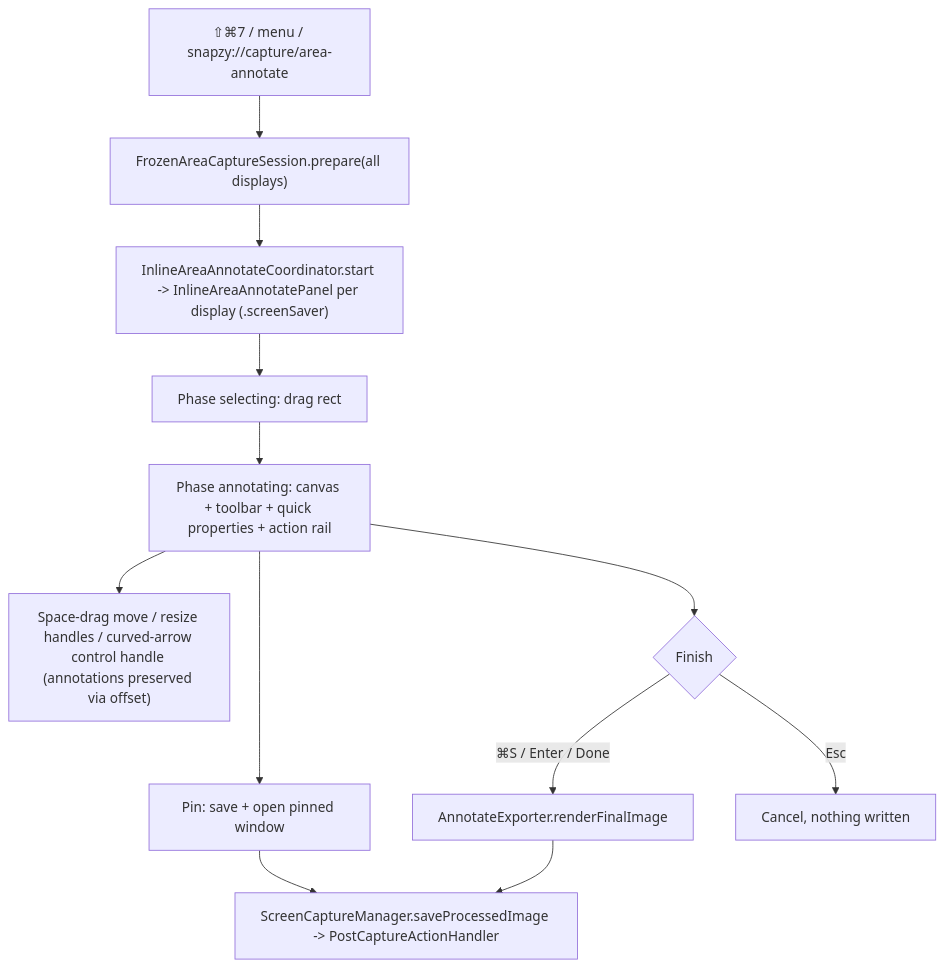
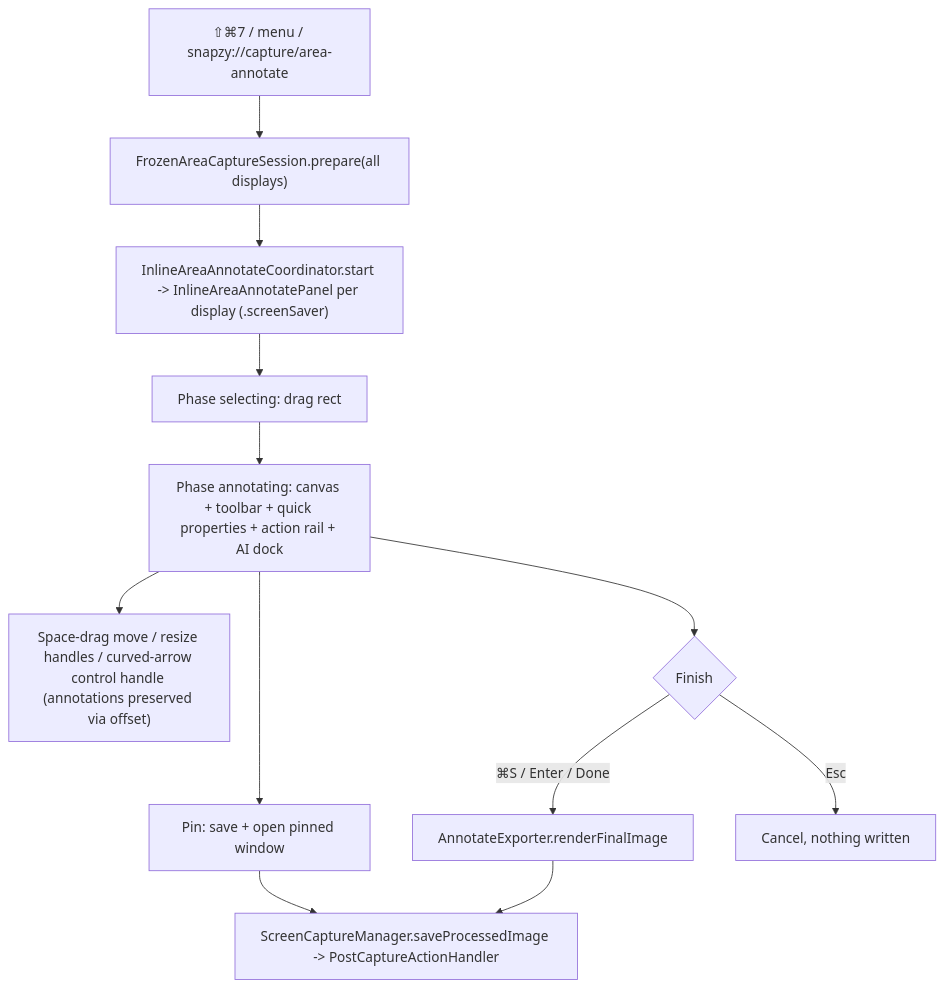
The second of 2 diagrams in docs/ANNOTATE.md (duongductrong/Snapzy), drawn with Mermaid before and after one commit. The commit also changed other lines of this file and 7 other files, not shown here.

````diff
--- a/docs/ANNOTATE.md
+++ b/docs/ANNOTATE.md
@@ -229,14 +229,14 @@
 ```mermaid
 flowchart TD
     A["⇧⌘7 / menu / snapzy://capture/area-annotate"] --> B["FrozenAreaCaptureSession.prepare(all displays)"]
     B --> C["InlineAreaAnnotateCoordinator.start -> InlineAreaAnnotatePanel per display (.screenSaver)"]
     C --> D["Phase selecting: drag rect"]
-    D --> E["Phase annotating: canvas + toolbar + quick properties + action rail"]
+    D --> E["Phase annotating: canvas + toolbar + quick properties + action rail + AI dock"]
     E --> F["Space-drag move / resize handles / curved-arrow control handle (annotations preserved via offset)"]
     E --> G["Pin: save + open pinned window"]
     E --> H{"Finish"}
     H -->|⌘S / Enter / Done| I["AnnotateExporter.renderFinalImage"]
     H -->|Esc| J["Cancel, nothing written"]
     I --> K["ScreenCaptureManager.saveProcessedImage -> PostCaptureActionHandler"]
     G --> K
 ```
````
